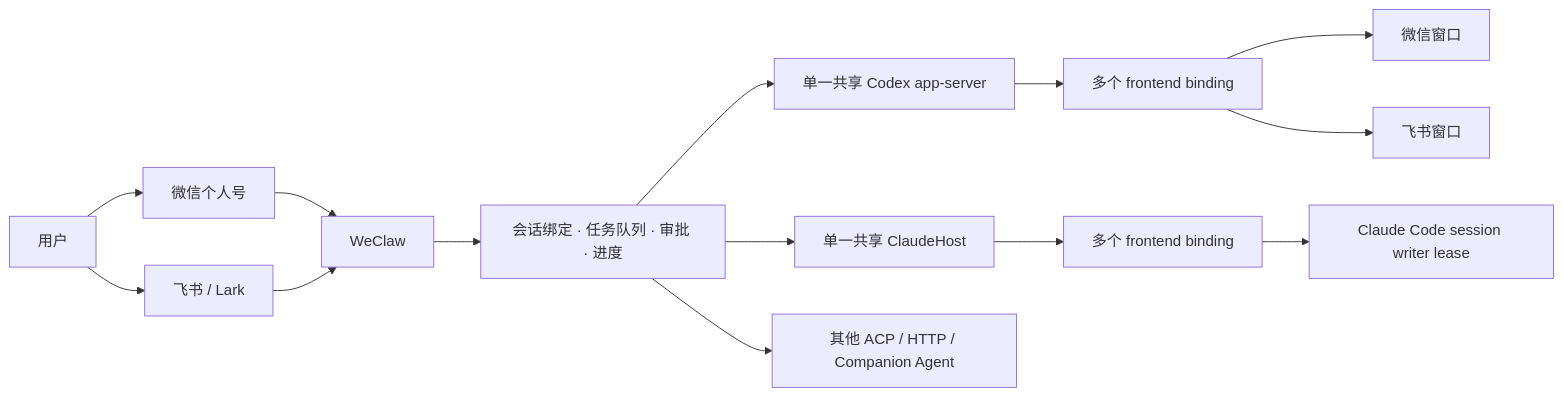
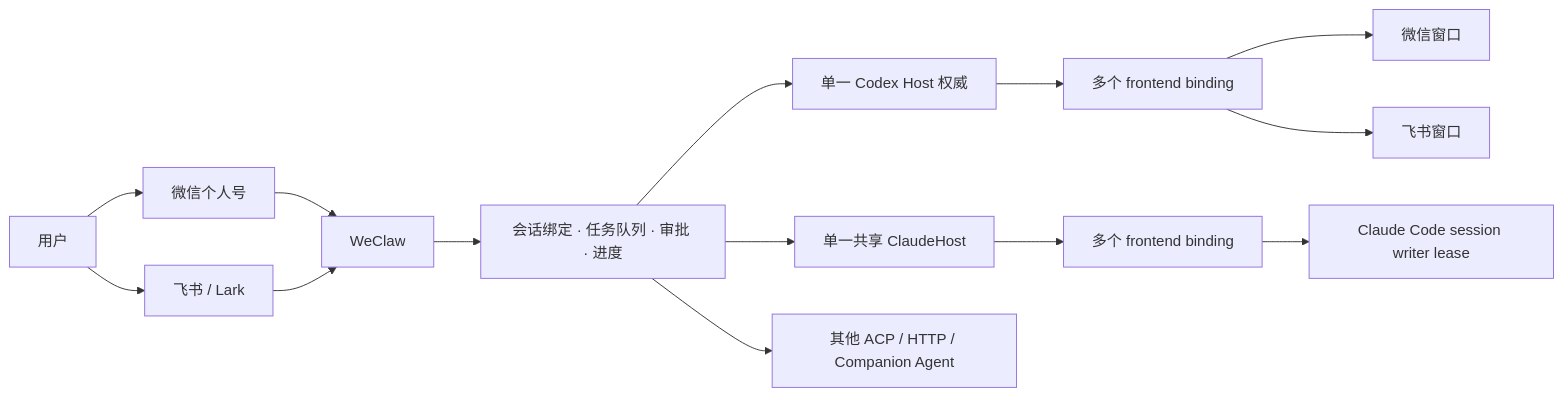
Before and after one commit to TingRuDeng/weclaw: the diagram in README_CN.md, drawn with Mermaid. The commit also changed other lines of this file and 38 other files, not shown here.

Commit message:
支持 Codex App 与 WeClaw 共用运行时

````diff
--- a/README_CN.md
+++ b/README_CN.md
@@ -145,16 +147,16 @@
 ```mermaid
 flowchart LR
     User[用户] --> WeChat[微信个人号]
     User --> Feishu[飞书 / Lark]
     WeChat --> Bridge[WeClaw]
     Feishu --> Bridge
     Bridge --> Core[会话绑定 · 任务队列 · 审批 · 进度]
-    Core --> Codex[单一共享 Codex app-server]
+    Core --> Codex[单一 Codex Host 权威]
     Core --> Claude[单一共享 ClaudeHost]
     Core --> Other[其他 ACP / HTTP / Companion Agent]
     Codex --> Bindings[多个 frontend binding]
     Bindings --> WeChatClient[微信窗口]
     Bindings --> FeishuClient[飞书窗口]
     Claude --> ClaudeBindings[多个 frontend binding]
     ClaudeBindings --> Session[Claude Code session writer lease]
 ```
````
